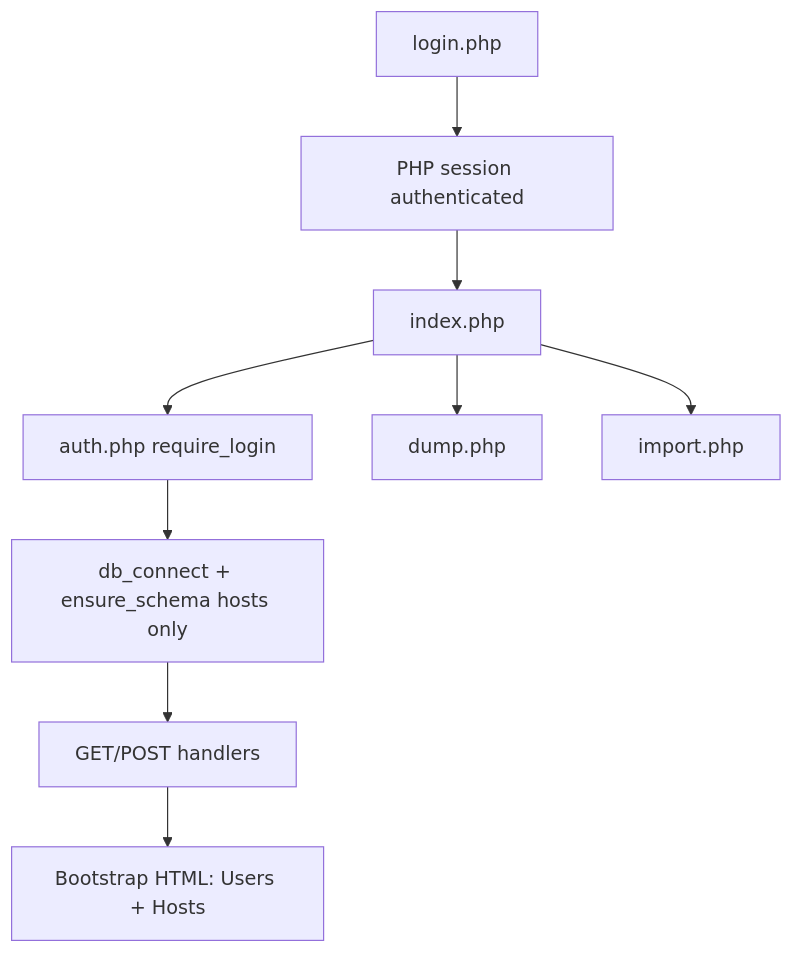
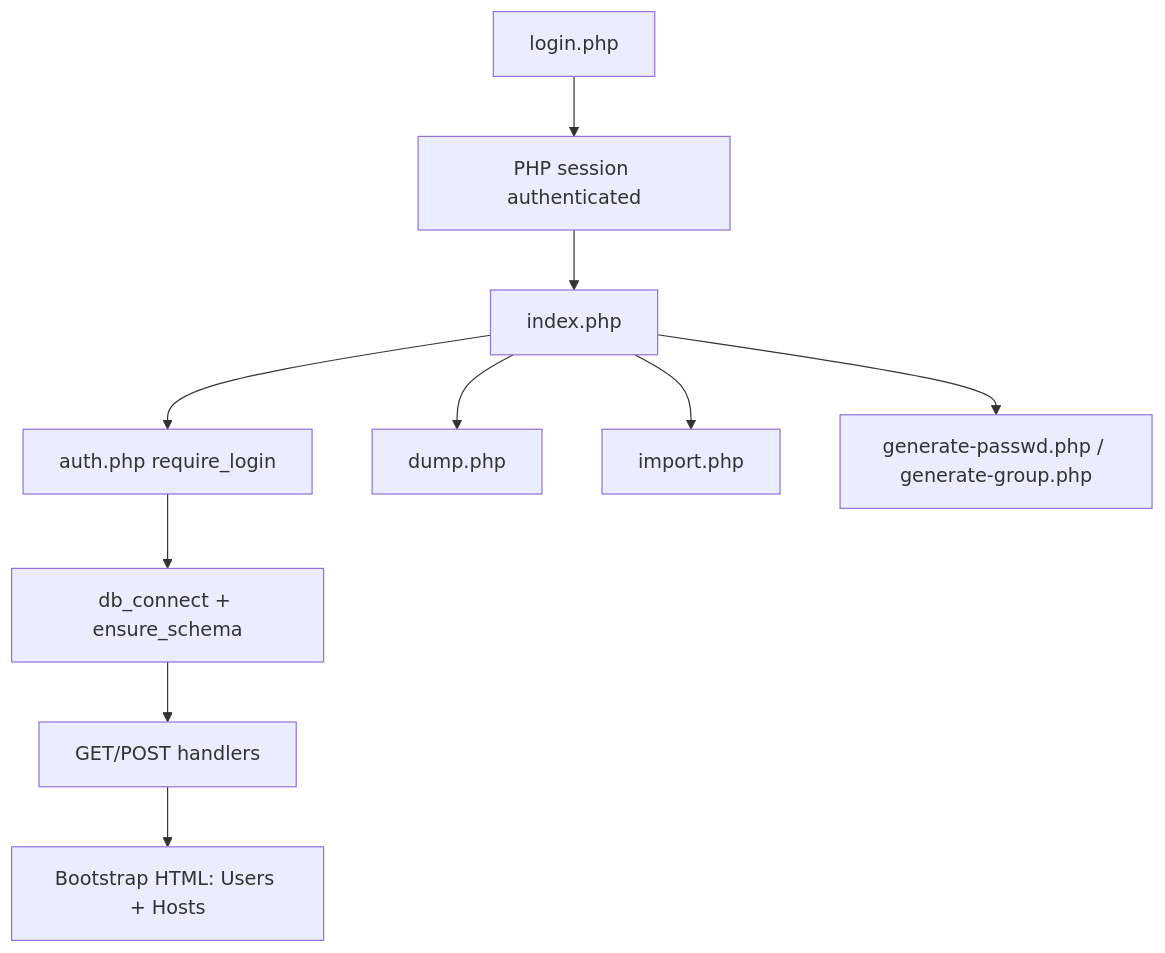
Before and after one commit to tomsandholm/user-mgr: the diagram in summary.md, drawn with Mermaid. The commit also changed other lines of this file and 20 other files, not shown here.

````diff
--- a/summary.md
+++ b/summary.md
@@ -7,11 +26,12 @@
 ```mermaid
 flowchart TD
     login[login.php] --> session[PHP session authenticated]
     session --> index[index.php]
     index --> auth[auth.php require_login]
-    auth --> db[db_connect + ensure_schema hosts only]
+    auth --> db[db_connect + ensure_schema]
     db --> handlers[GET/POST handlers]
     handlers --> render[Bootstrap HTML: Users + Hosts]
     index --> dump[dump.php]
     index --> import[import.php]
+    index --> gp[generate-passwd.php / generate-group.php]
 ```
````
